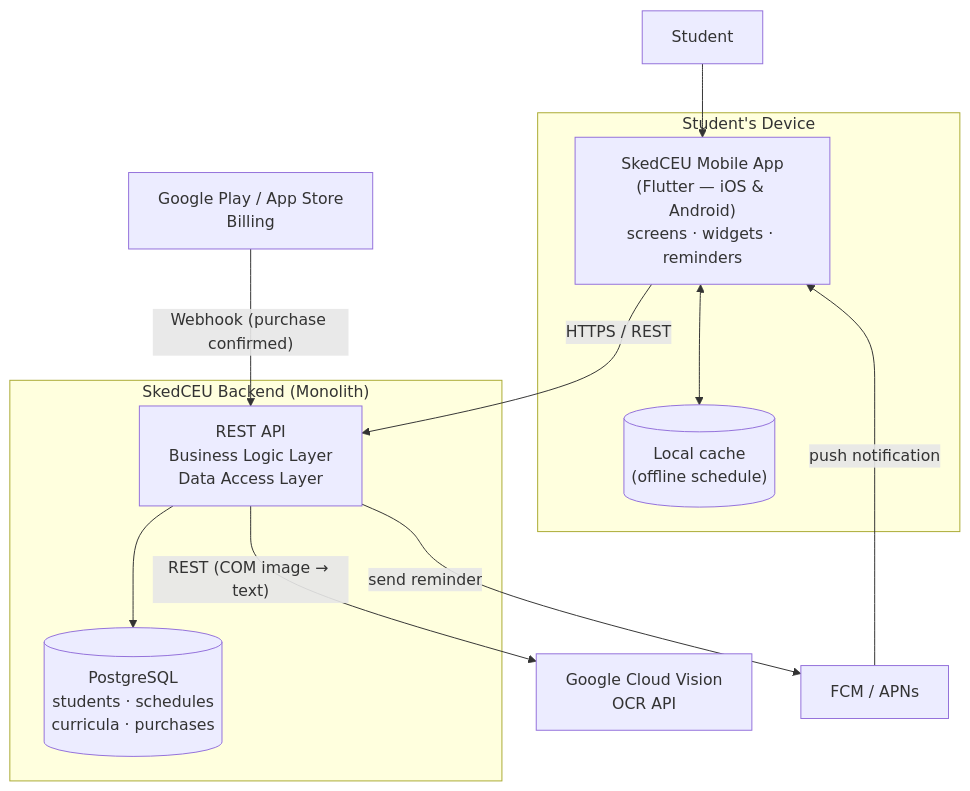
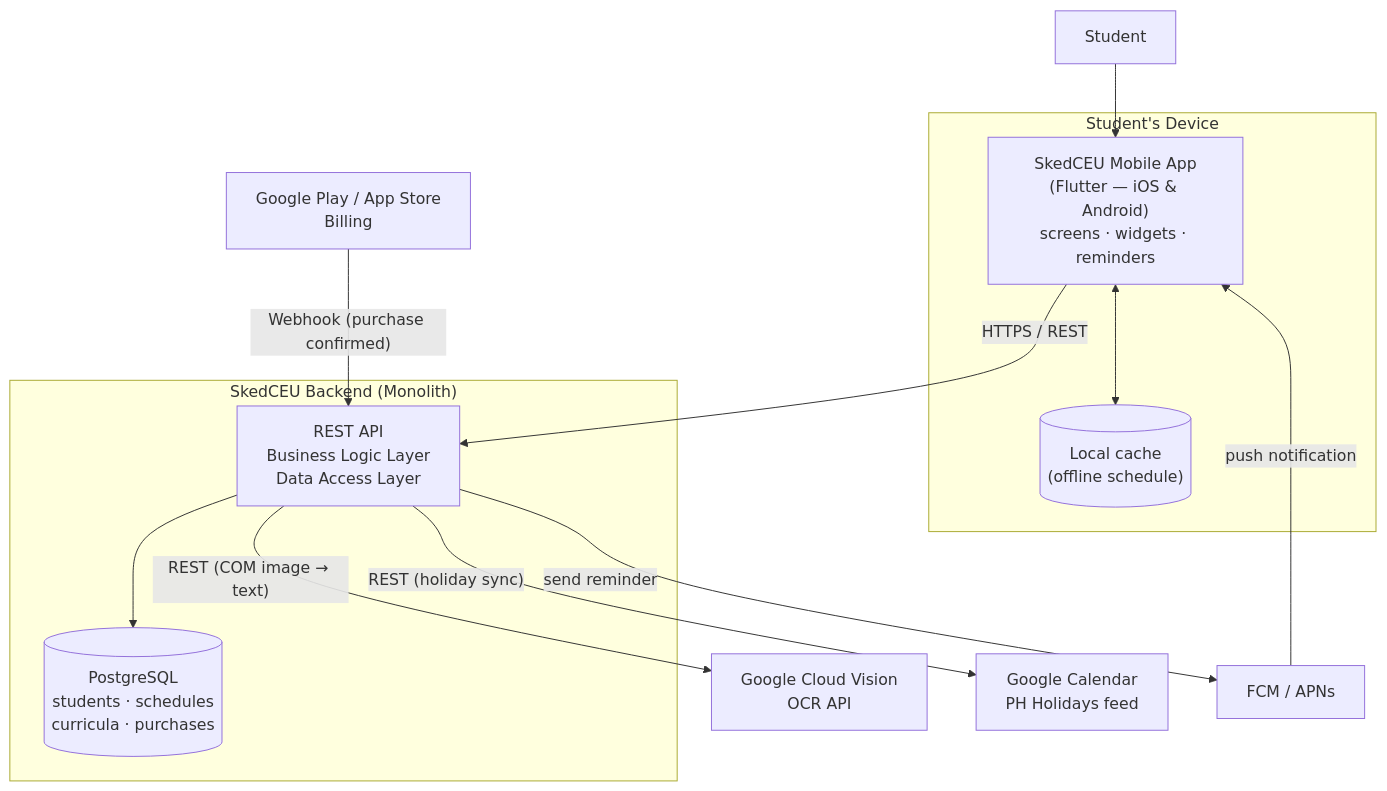
Before and after one commit to blckltsdmsnw/skedceu: the diagram in README.md, drawn with Mermaid. The commit also changed other lines of this file and 1 other file, not shown here.

Commit message:
feat: add PH holiday calendar sync and per-subject meeting links to the design

````diff
--- a/README.md
+++ b/README.md
@@ -231,23 +242,24 @@
 ```mermaid
 flowchart TD
     S[Student] --> APP
 
     subgraph Device["Student's Device"]
         APP["SkedCEU Mobile App<br/>(Flutter — iOS & Android)<br/>screens · widgets · reminders"]
         CACHE[("Local cache<br/>(offline schedule)")]
         APP <--> CACHE
     end
 
     APP -->|HTTPS / REST| API
 
     subgraph Cloud["SkedCEU Backend (Monolith)"]
         API["REST API<br/>Business Logic Layer<br/>Data Access Layer"]
         DB[("PostgreSQL<br/>students · schedules<br/>curricula · purchases")]
         API --> DB
     end
 
     API -->|"REST (COM image → text)"| OCR["Google Cloud Vision<br/>OCR API"]
+    API -->|"REST (holiday sync)"| HOL["Google Calendar<br/>PH Holidays feed"]
     PAY["Google Play / App Store<br/>Billing"] -->|"Webhook (purchase confirmed)"| API
     API -->|send reminder| PUSH["FCM / APNs"]
     PUSH -->|push notification| APP
 ```
````
